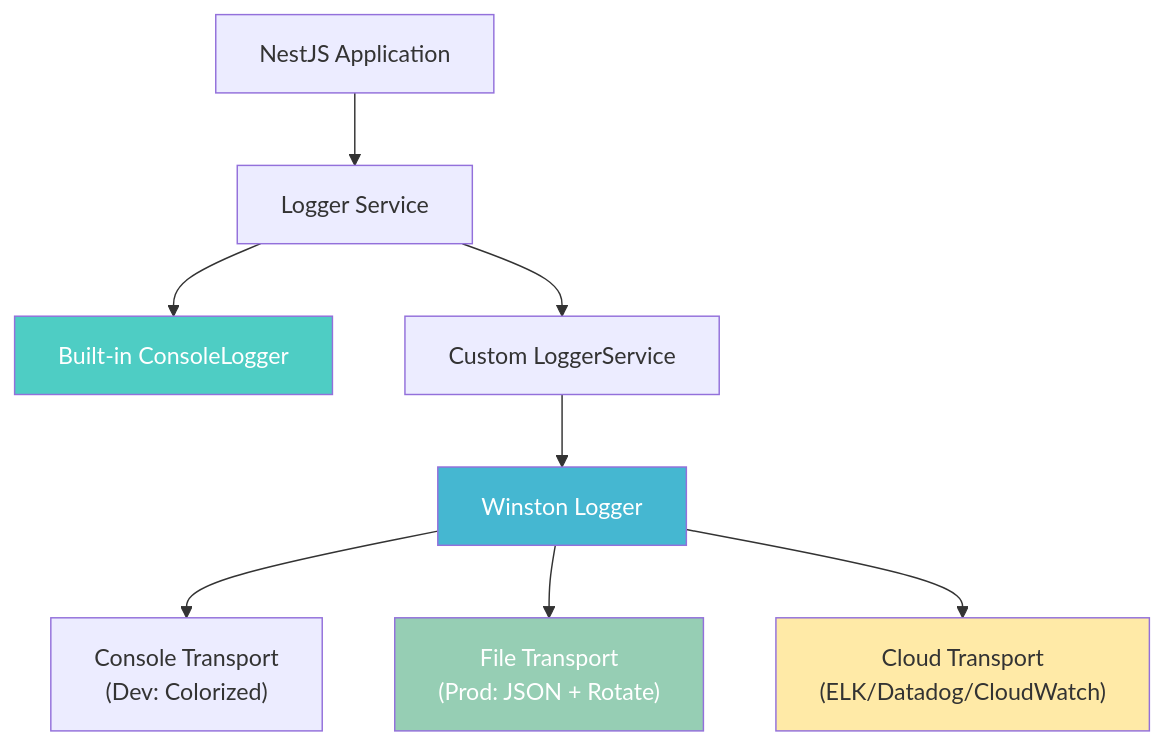
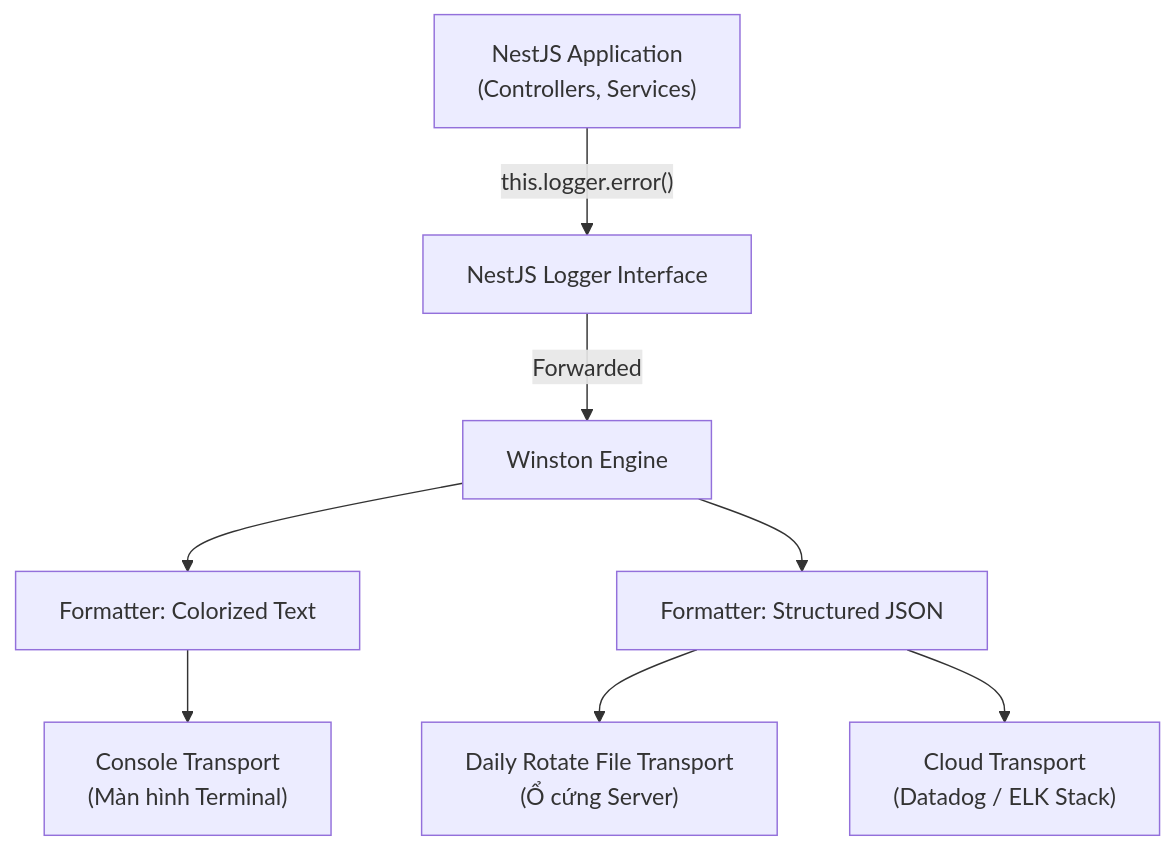
One commit to vuanhtu1993/vuanhtu1993.github.io changed the diagram in docs/nestjs/03-tooling/02-logger.md. Above: the diagram before and after it, drawn with Mermaid. The commit also changed other lines of this file and 2 other files, not shown here.

Commit message:
docs: update NestJS tooling documentation and refine implementation plan

````diff
--- a/docs/nestjs/03-tooling/02-logger.md
+++ b/docs/nestjs/03-tooling/02-logger.md
@@ -43,15 +81,12 @@
 ```mermaid
 graph TD
-    App["NestJS Application"] --> Logger["Logger Service"]
-    Logger --> BuiltIn["Built-in ConsoleLogger"]
-    Logger --> Custom["Custom LoggerService"]
-    Custom --> Winston["Winston Logger"]
-    Winston --> Console["Console Transport<br/>(Dev: Colorized)"]
-    Winston --> File["File Transport<br/>(Prod: JSON + Rotate)"]
-    Winston --> Cloud["Cloud Transport<br/>(ELK/Datadog/CloudWatch)"]
-
-    style BuiltIn fill:#4ecdc4,color:#fff
-    style Winston fill:#45b7d1,color:#fff
-    style File fill:#96ceb4,color:#fff
-    style Cloud fill:#ffeaa7,color:#333
+    App["NestJS Application<br>(Controllers, Services)"] -->|"this.logger.error()"| NestLogger["NestJS Logger Interface"]
+    NestLogger -->|"Forwarded"| Winston["Winston Engine"]
+    
+    Winston --> FormatDev["Formatter: Colorized Text"]
+    Winston --> FormatProd["Formatter: Structured JSON"]
+    
+    FormatDev --> Console["Console Transport<br>(Màn hình Terminal)"]
+    FormatProd --> RotateFile["Daily Rotate File Transport<br>(Ổ cứng Server)"]
+    FormatProd --> Cloud["Cloud Transport<br>(Datadog / ELK Stack)"]
 ```
````
